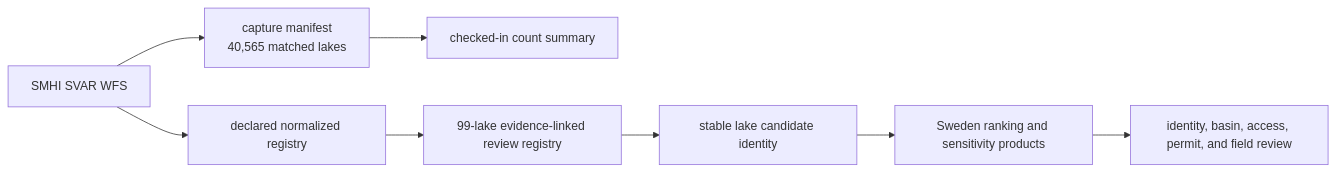
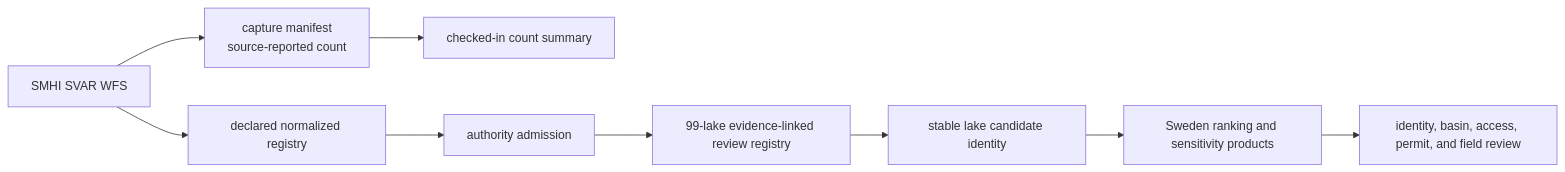
Before and after one commit to bijux/bijux-pollenomics: the first of 3 diagrams in docs/public/pollenomics-data/sources/svar.md, drawn with Mermaid. The commit also changed other lines of this file and 8 other files, not shown here.

Commit message:
fix(data): align source posture with governed authority

````diff
--- a/docs/public/pollenomics-data/sources/svar.md
+++ b/docs/public/pollenomics-data/sources/svar.md
@@ -63,10 +66,11 @@
 ```mermaid
 flowchart LR
-    WFS["SMHI SVAR WFS"] --> Capture["capture manifest<br/>40,565 matched lakes"]
+    WFS["SMHI SVAR WFS"] --> Capture["capture manifest<br/>source-reported count"]
     WFS --> Registry["declared normalized registry"]
     Capture --> Summary["checked-in count summary"]
-    Registry --> Review["99-lake evidence-linked review registry"]
+    Registry --> Authority["authority admission"]
+    Authority --> Review["99-lake evidence-linked review registry"]
     Review --> Candidate["stable lake candidate identity"]
     Candidate --> Ranking["Sweden ranking and sensitivity products"]
     Ranking --> FieldReview["identity, basin, access, permit, and field review"]
 ```
````
